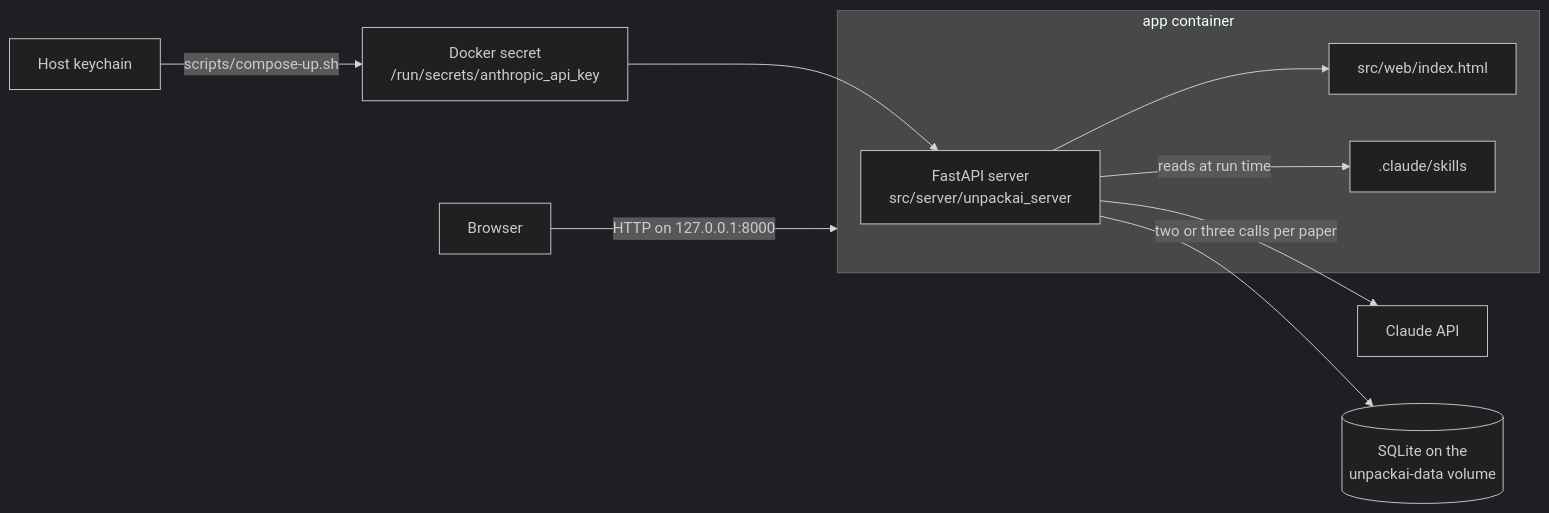
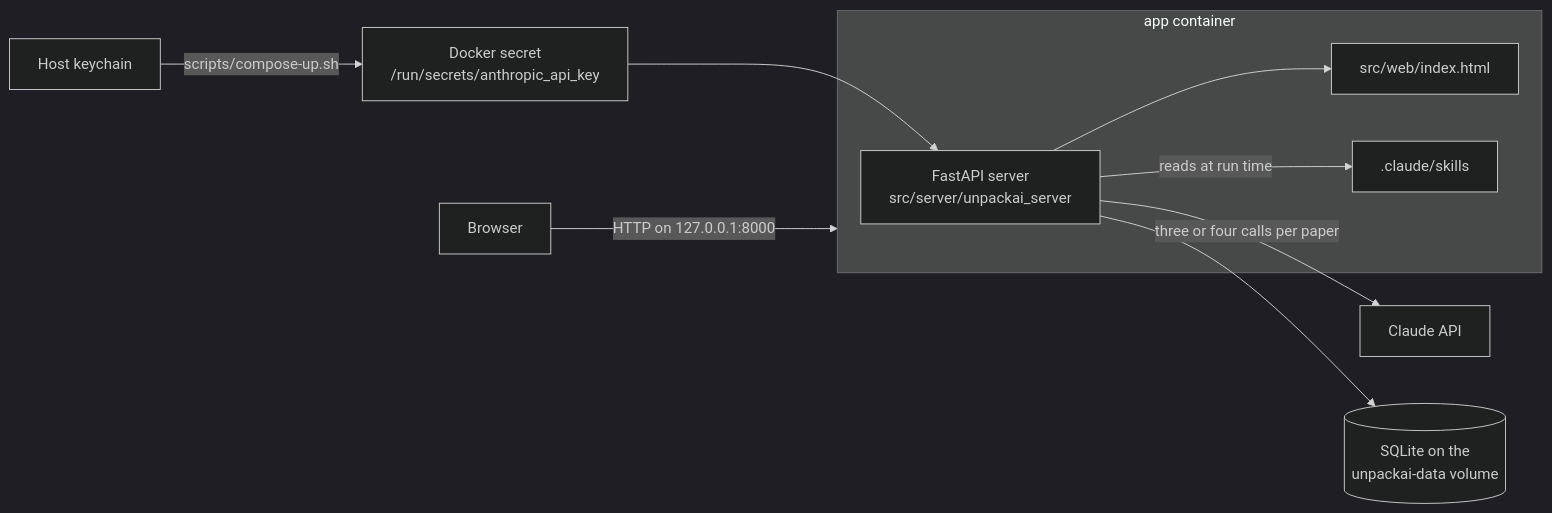
One commit to test-dan-run/UnpackAI changed the diagram in docs/architecture.md. Above: the diagram before and after it, drawn with Mermaid (dark theme). The commit also changed other lines of this file and 10 other files, not shown here.

First line of the commit message:
Move the figure data into its own call with a smaller schema

````diff
--- a/docs/architecture.md
+++ b/docs/architecture.md
@@ -5,15 +5,15 @@
 ```mermaid
 flowchart LR
   host["Host keychain"] -- "scripts/compose-up.sh" --> secret["Docker secret<br>/run/secrets/anthropic_api_key"]
   browser["Browser"] -- "HTTP on 127.0.0.1:8000" --> app
   subgraph app["app container"]
     server["FastAPI server<br>src/server/unpackai_server"]
     page["src/web/index.html"]
     skills[".claude/skills"]
   end
   secret --> server
   server --> page
   server -- "reads at run time" --> skills
-  server -- "two or three calls per paper" --> claude["Claude API"]
+  server -- "three or four calls per paper" --> claude["Claude API"]
   server --> db[("SQLite on the<br>unpackai-data volume")]
 ```
````
